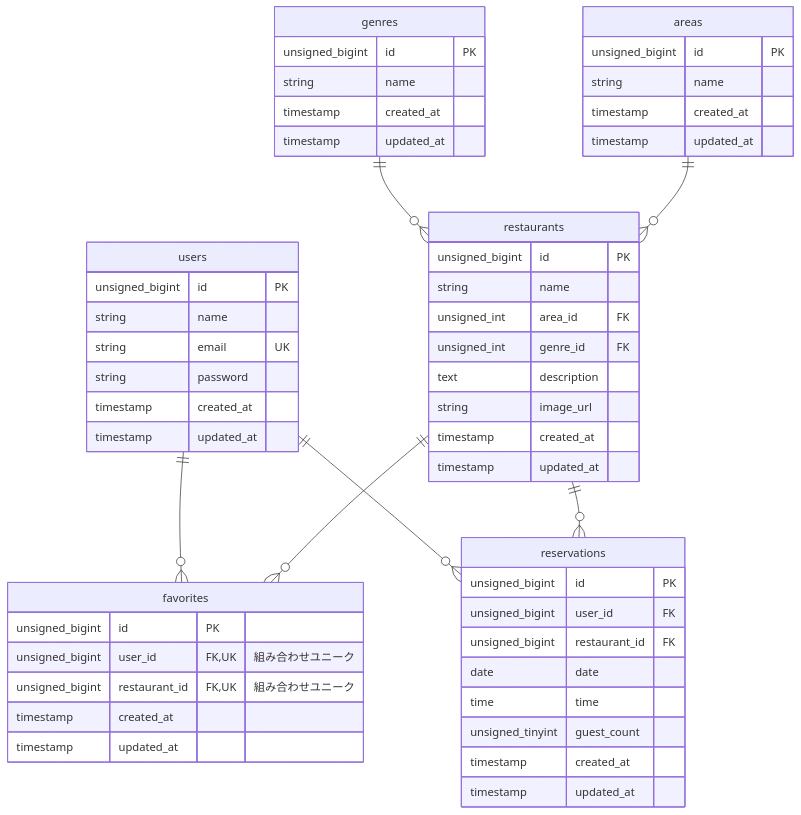
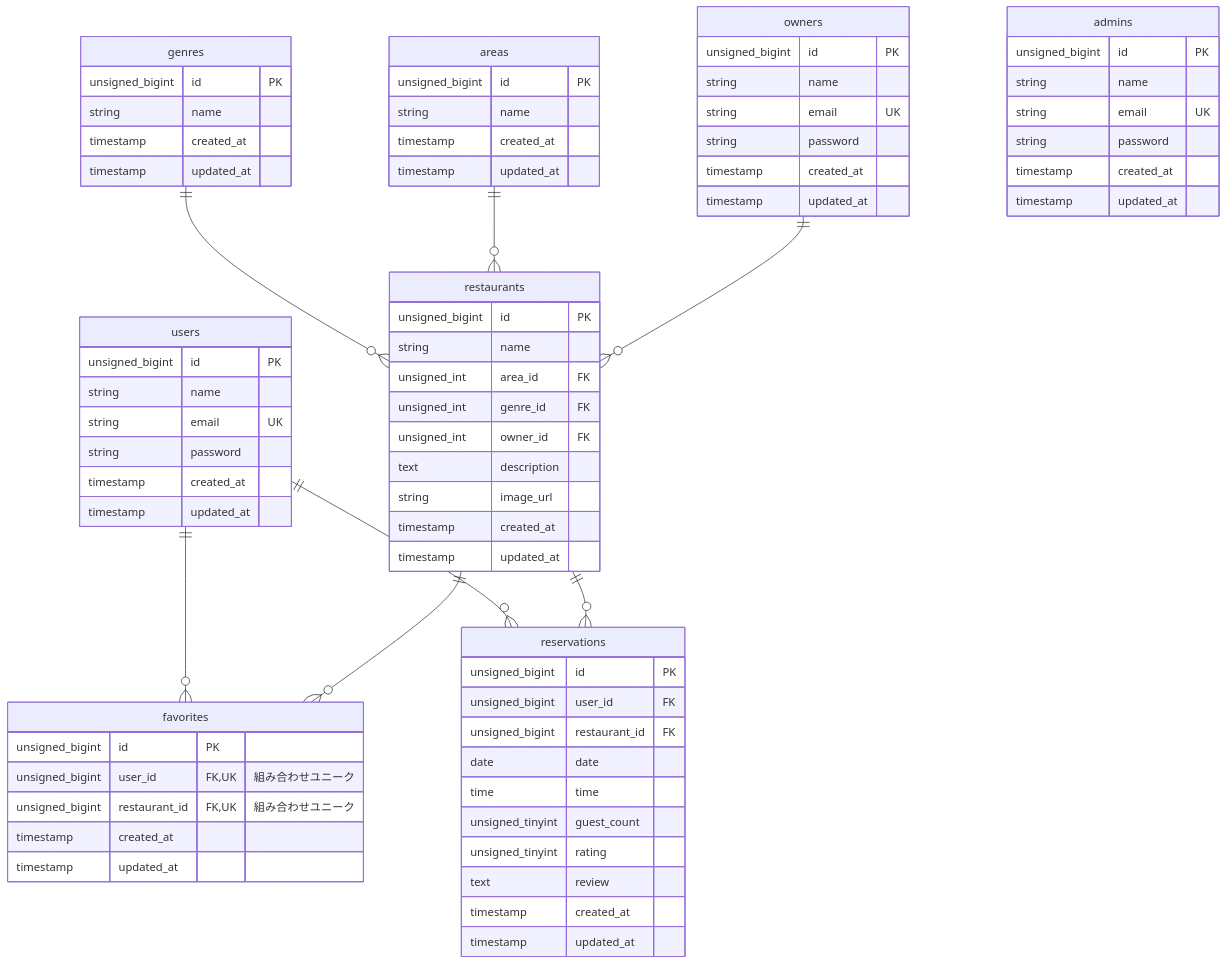
One commit to itoro967/Rese changed the diagram in README.md. Above: the diagram before and after it, drawn with Mermaid. The commit also changed 6 other files, not shown here.

````diff
--- a/README.md
+++ b/README.md
@@ -34,57 +34,78 @@
 ```mermaid
 erDiagram
 
 users ||--o{ favorites:""
 restaurants ||--o{ favorites:""
 users ||--o{ reservations:""
 restaurants ||--o{ reservations:""
 genres ||--o{ restaurants:""
 areas ||--o{ restaurants:""
+owners ||--o{ restaurants:""
+
+admins{
+    unsigned_bigint id PK
+    string name
+    string email UK
+    string password
+    timestamp created_at
+    timestamp updated_at
+}
+owners{
+    unsigned_bigint id PK
+    string name
+    string email UK
+    string password
+    timestamp created_at
+    timestamp updated_at
+}
 users{
     unsigned_bigint id PK
     string name
     string email UK
     string password
     timestamp created_at
     timestamp updated_at
 }
 favorites{
     unsigned_bigint id PK
     unsigned_bigint user_id FK,UK "組み合わせユニーク"
     unsigned_bigint restaurant_id FK,UK "組み合わせユニーク"
     timestamp created_at
     timestamp updated_at
 }
 reservations{
     unsigned_bigint id PK
     unsigned_bigint user_id FK
     unsigned_bigint restaurant_id FK
     date date
     time time
     unsigned_tinyint guest_count
+    unsigned_tinyint rating
+    text review 
     timestamp created_at
     timestamp updated_at
 }
 restaurants{
     unsigned_bigint id PK
     string name
     unsigned_int area_id FK
     unsigned_int genre_id FK
+    unsigned_int owner_id FK
     text description
     string image_url
     timestamp created_at
     timestamp updated_at
 }
 genres{
     unsigned_bigint id PK
     string name
     timestamp created_at
     timestamp updated_at
 }
 areas{
     unsigned_bigint id PK
     string name
     timestamp created_at
     timestamp updated_at
 }
 ```
````
